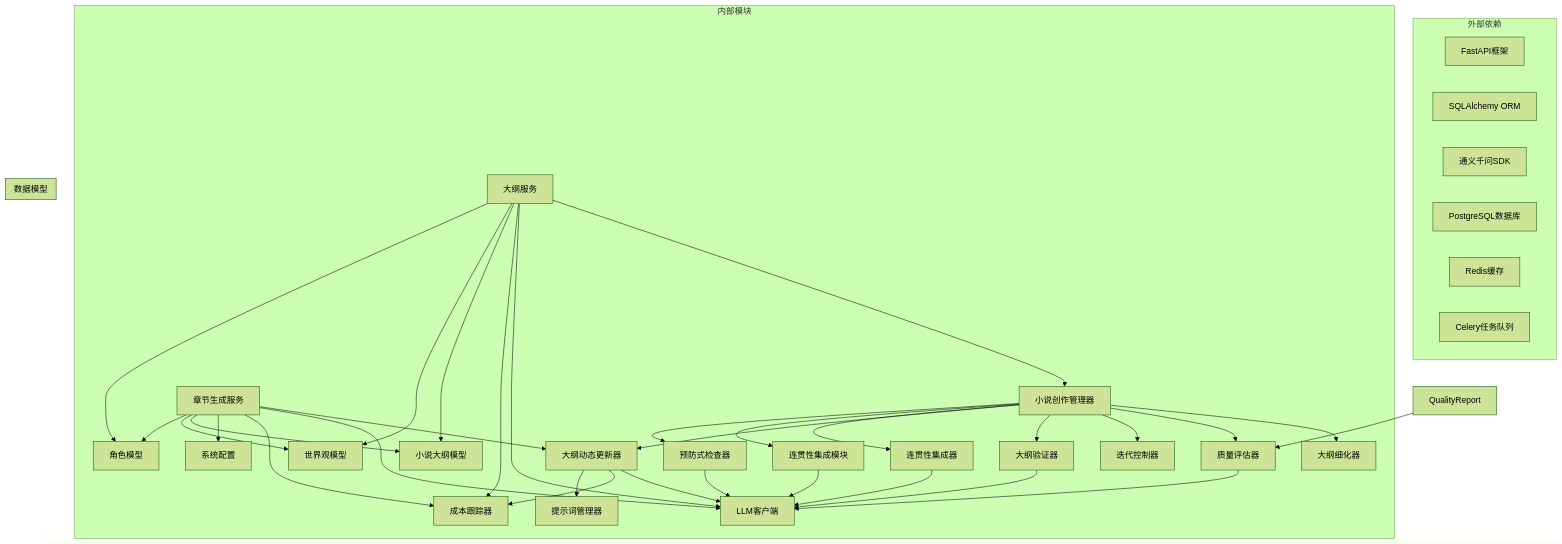
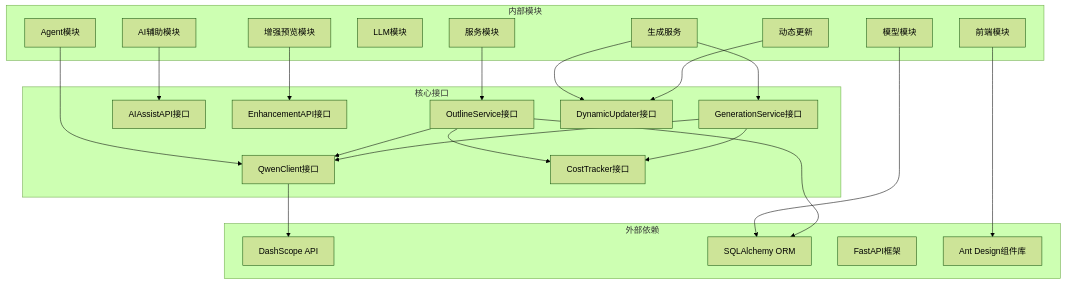
One commit to xfbyxq/ai-novel-system changed diagram 15 of 15 in .qoder/repowiki/zh/content/AI智能体系统/智能大纲完善系统.md. Above: the diagram before and after it, drawn with Mermaid (forest theme). The commit also changed other lines of this file and 8 other files, not shown here.

````diff
--- a/.qoder/repowiki/zh/content/AI智能体系统/智能大纲完善系统.md
+++ b/.qoder/repowiki/zh/content/AI智能体系统/智能大纲完善系统.md
@@ -782,66 +629,44 @@
 ```mermaid
 graph TB
 subgraph "外部依赖"
+DashScope[DashScope API]
+SQLAlchemy[SQLAlchemy ORM]
 FastAPI[FastAPI框架]
-SQLAlchemy[SQLAlchemy ORM]
-DashScope[通义千问SDK]
-PostgreSQL[PostgreSQL数据库]
-Redis[Redis缓存]
-Celery[Celery任务队列]
+AntD[Ant Design组件库]
 end
 subgraph "内部模块"
-CrewManager[小说创作管理器]
-OutlineRefiner[大纲细化器]
-QualityEvaluator[质量评估器]
-IterationController[迭代控制器]
-Validator[大纲验证器]
-DynamicUpdater[大纲动态更新器]
-ContinuityIntegration[连贯性集成器]
-ContinuityModule[连贯性集成模块]
-PreventionChecker[预防式检查器]
-OutlineService[大纲服务]
-GenerationService[章节生成服务]
-QwenClient[LLM客户端]
-CostTracker[成本跟踪器]
-PromptManager[提示词管理器]
-Settings[系统配置]
-PlotOutline[小说大纲模型]
-WorldSetting[世界观模型]
-Character[角色模型]
+Agents[Agent模块]
+Services[服务模块]
+Models[模型模块]
+LLM[LLM模块]
+Frontend[前端模块]
+AIAssist[AI辅助模块]
+Enhancement[增强预览模块]
+Generation[生成服务]
+DynamicUpdate[动态更新]
 end
-subgraph "数据模型"
-PlotOutline[小说大纲模型]
-WorldSetting[世界观模型]
-Character[角色模型]
+subgraph "核心接口"
+QwenClient[QwenClient接口]
+CostTracker[CostTracker接口]
+OutlineService[OutlineService接口]
+AIAssistAPI[AIAssistAPI接口]
+EnhancementAPI[EnhancementAPI接口]
+GenerationService[GenerationService接口]
+DynamicUpdater[DynamicUpdater接口]
 end
-CrewManager --> OutlineRefiner
-CrewManager --> QualityEvaluator
-CrewManager --> IterationController
-CrewManager --> Validator
-CrewManager --> DynamicUpdater
-CrewManager --> ContinuityIntegration
-CrewManager --> ContinuityModule
-CrewManager --> PreventionChecker
-OutlineService --> CrewManager
+Agents --> QwenClient
+Services --> OutlineService
+Generation --> DynamicUpdater
+Models --> SQLAlchemy
+Frontend --> AntD
+AIAssist --> AIAssistAPI
+Enhancement --> EnhancementAPI
+Generation --> GenerationService
+DynamicUpdate --> DynamicUpdater
+QwenClient --> DashScope
+OutlineService --> SQLAlchemy
 OutlineService --> QwenClient
 OutlineService --> CostTracker
-GenerationService --> DynamicUpdater
 GenerationService --> QwenClient
 GenerationService --> CostTracker
-GenerationService --> Settings
-DynamicUpdater --> QwenClient
-DynamicUpdater --> CostTracker
-DynamicUpdater --> PromptManager
-QualityEvaluator --> QwenClient
-Validator --> QwenClient
-ContinuityIntegration --> QwenClient
-ContinuityModule --> QwenClient
-PreventionChecker --> QwenClient
-QualityReport --> QualityEvaluator
-OutlineService --> PlotOutline
-OutlineService --> WorldSetting
-OutlineService --> Character
-GenerationService --> PlotOutline
-GenerationService --> WorldSetting
-GenerationService --> Character
 ```
````
